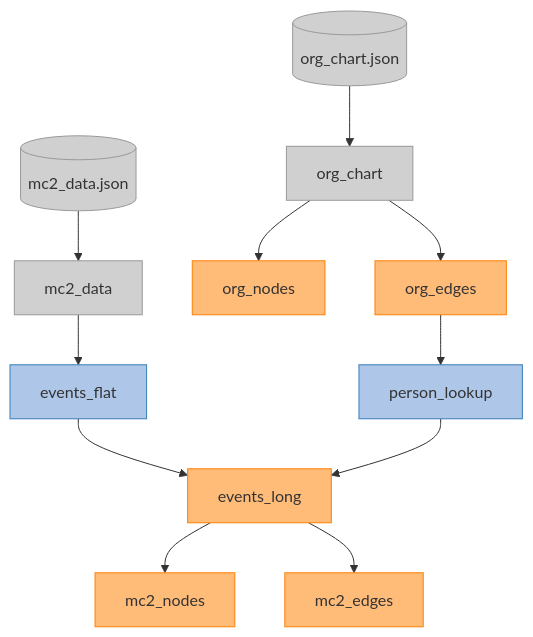
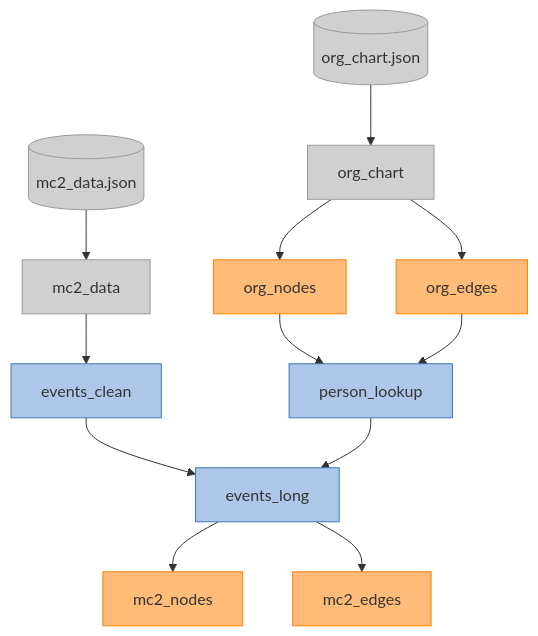
The first of 2 diagrams in Take-home_Ex/Take-home_Ex02/MC2.qmd (haunk/ISSS608-VAA), drawn with Mermaid before and after one commit. The commit also changed other lines of this file and 6 other files, not shown here.

````diff
--- a/Take-home_Ex/Take-home_Ex02/MC2.qmd
+++ b/Take-home_Ex/Take-home_Ex02/MC2.qmd
@@ -521,32 +544,33 @@
 ```{mermaid}
 %%| fig-cap: "Data flow: from raw JSON files to the enriched events table"
 %%| code-fold: true
 %%| code-summary: "Show the code"
 
 graph TD
     A[("mc2_data.json")] --> B["mc2_data"]
     C[("org_chart.json")] --> D["org_chart"]
 
     D --> E["org_nodes"]
     D --> F["org_edges"]
-    F --> G["person_lookup"]
+    E --> G["person_lookup"]
+    F --> G
 
-    B --> H["events_flat"]
+    B --> H["events_clean"]
     H --> I["events_long"]
     G --> I
 
     I --> K["mc2_nodes"]
     I --> L["mc2_edges"]
 
     style A fill:#d0d0d0,stroke:#999
     style C fill:#d0d0d0,stroke:#999
     style B fill:#d0d0d0,stroke:#999
     style D fill:#d0d0d0,stroke:#999
     style E fill:#ffbb78,stroke:#ff7f00
     style F fill:#ffbb78,stroke:#ff7f00
     style G fill:#aec7e8,stroke:#377eb8
     style H fill:#aec7e8,stroke:#377eb8
-    style I fill:#ffbb78,stroke:#ff7f00
+    style I fill:#aec7e8,stroke:#377eb8
     style K fill:#ffbb78,stroke:#ff7f00
     style L fill:#ffbb78,stroke:#ff7f00
 ```
````
